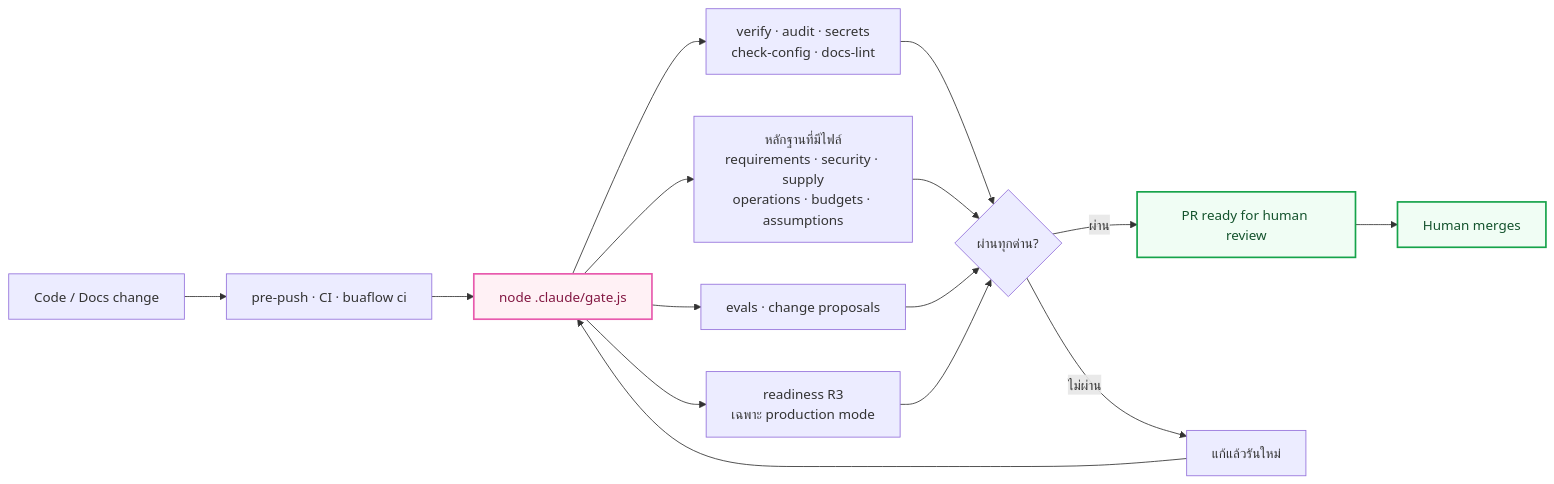
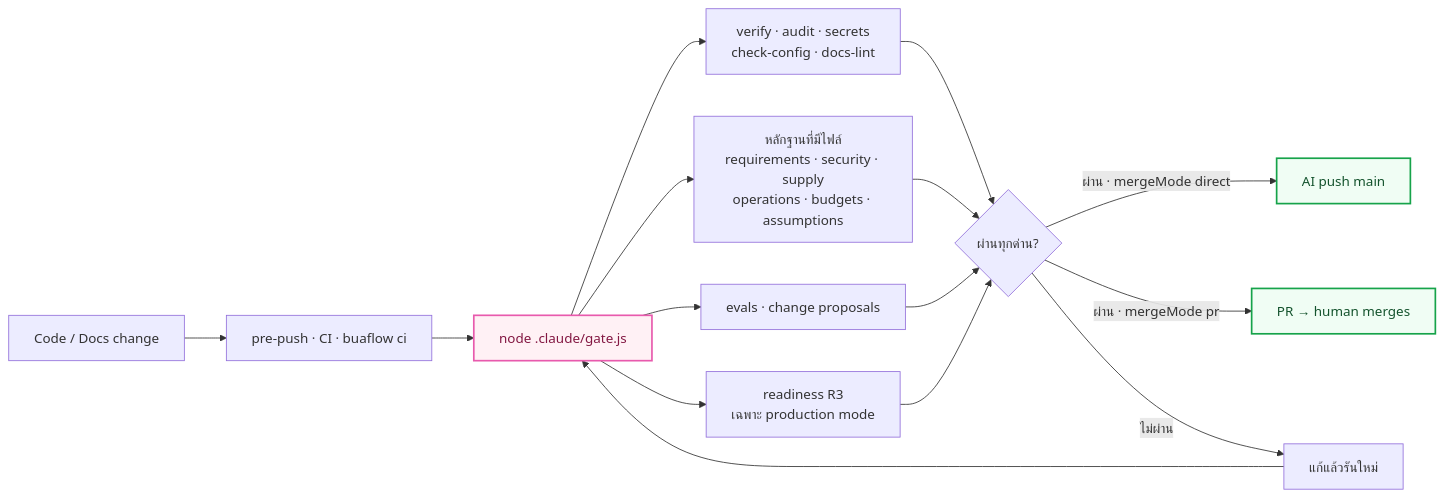
The second of 2 diagrams in README.md (Khattiya01/buaflow), drawn with Mermaid before and after one commit. The commit also changed other lines of this file and 72 other files, not shown here.

First line of the commit message:
feat(merge-mode): choose how work reaches main — direct (default) or pr

````diff
--- a/README.md
+++ b/README.md
@@ -259,22 +259,22 @@
 ```mermaid
 flowchart LR
     CHANGE[Code / Docs change] --> HOOK[pre-push · CI · buaflow ci]
     HOOK --> GATE[node .claude/gate.js]
     GATE --> CORE[verify · audit · secrets<br/>check-config · docs-lint]
     GATE --> EVID[หลักฐานที่มีไฟล์<br/>requirements · security · supply<br/>operations · budgets · assumptions]
     GATE --> EVAL[evals · change proposals]
     GATE --> READY[readiness R3<br/>เฉพาะ production mode]
     CORE --> RESULT{ผ่านทุกด่าน?}
     EVID --> RESULT
     EVAL --> RESULT
     READY --> RESULT
-    RESULT -->|ผ่าน| PR[PR ready for human review]
+    RESULT -->|ผ่าน · mergeMode direct| PR[AI push main]
+    RESULT -->|ผ่าน · mergeMode pr| HUMAN[PR → human merges]
     RESULT -->|ไม่ผ่าน| FIX[แก้แล้วรันใหม่]
     FIX --> GATE
-    PR --> HUMAN[Human merges]
 
     classDef gate fill:#fff1f5,stroke:#e85aad,color:#831843,stroke-width:2px;
     classDef pass fill:#f0fdf4,stroke:#16a34a,color:#14532d,stroke-width:2px;
     class GATE gate;
     class PR,HUMAN pass;
 ```
````
